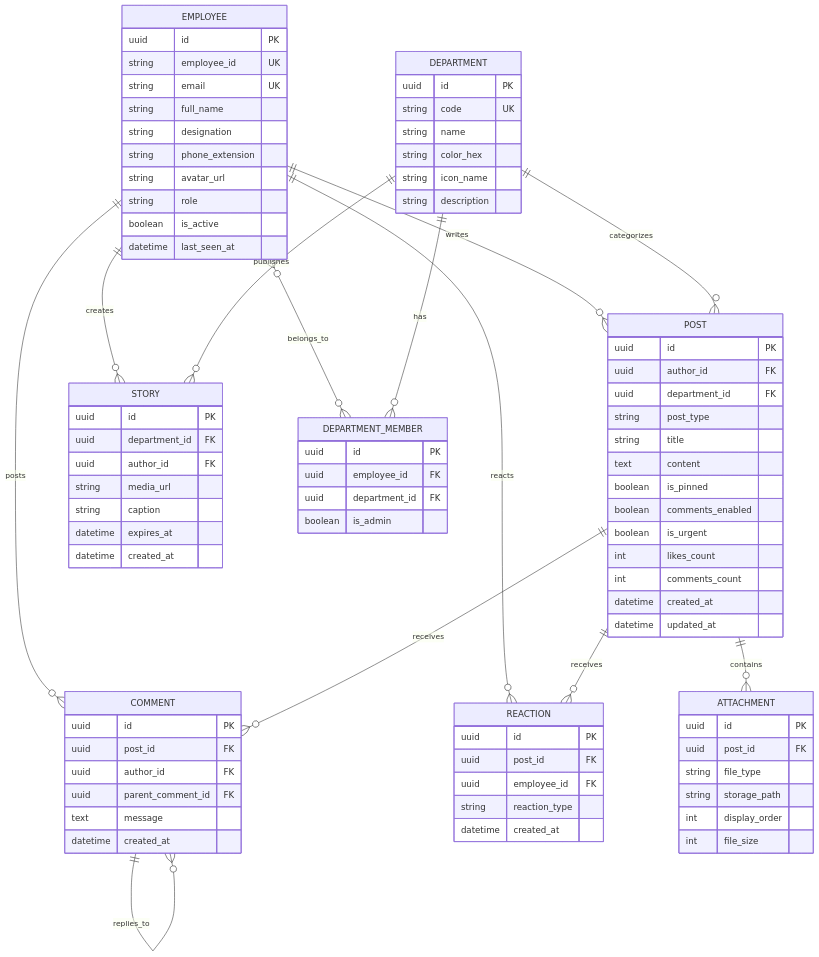
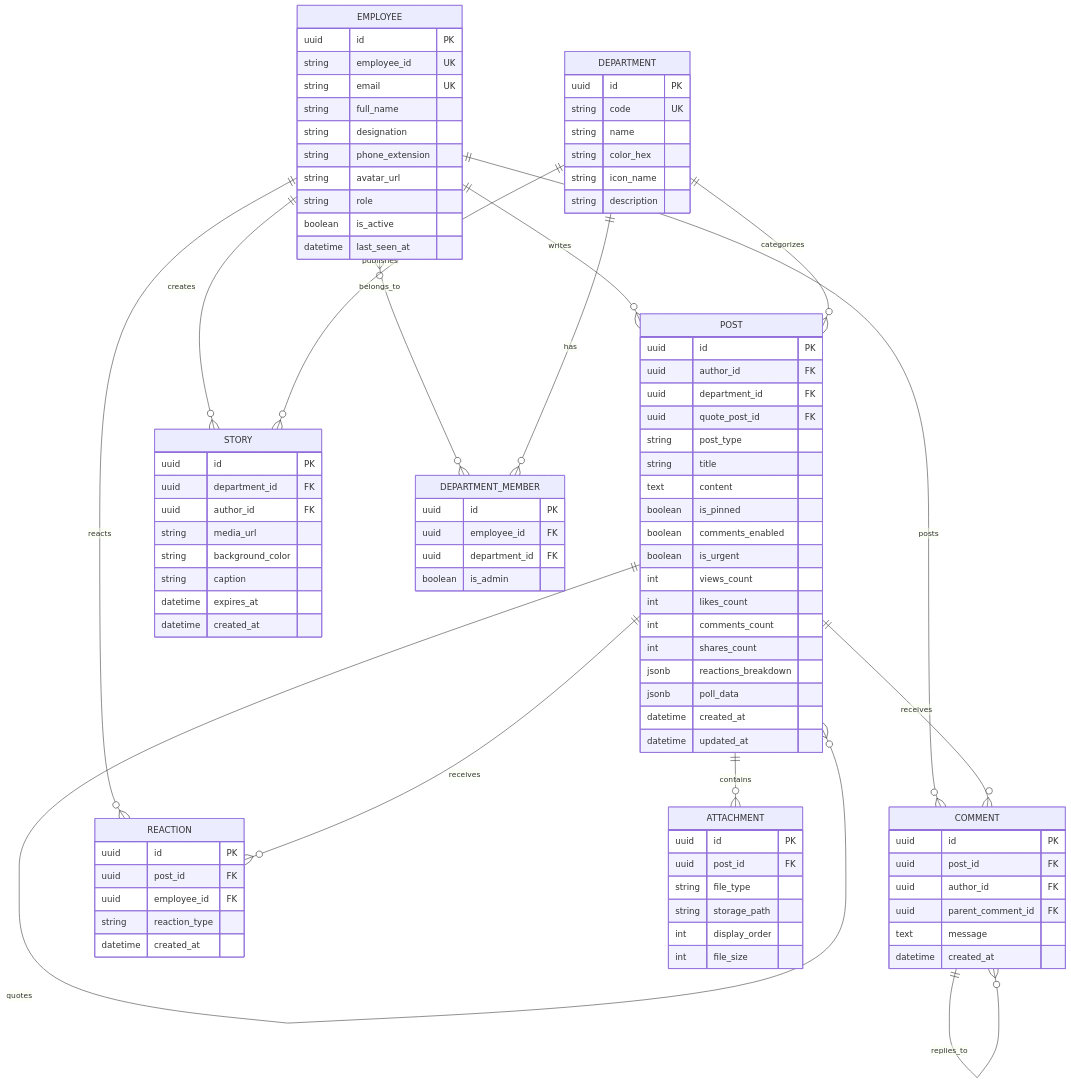
The fourth of 5 diagrams in PROJECT_SPEC.md (petrus-terus/SE-Bulletin), drawn with Mermaid before and after one commit. The commit also changed other lines of this file and 42 other files, not shown here.

```diff
--- a/PROJECT_SPEC.md
+++ b/PROJECT_SPEC.md
@@ -214,6 +243,7 @@
     POST ||--o{ ATTACHMENT : contains
     POST ||--o{ COMMENT : receives
     POST ||--o{ REACTION : receives
+    POST ||--o{ POST : quotes
     COMMENT ||--o{ COMMENT : replies_to
 
     EMPLOYEE {
@@ -249,14 +279,19 @@
         uuid id PK
         uuid author_id FK
         uuid department_id FK
+        uuid quote_post_id FK
         string post_type
         string title
         text content
         boolean is_pinned
         boolean comments_enabled
         boolean is_urgent
+        int views_count
         int likes_count
         int comments_count
+        int shares_count
+        jsonb reactions_breakdown
+        jsonb poll_data
         datetime created_at
         datetime updated_at
     }
@@ -275,6 +310,7 @@
         uuid department_id FK
         uuid author_id FK
         string media_url
+        string background_color
         string caption
         datetime expires_at
         datetime created_at
```
